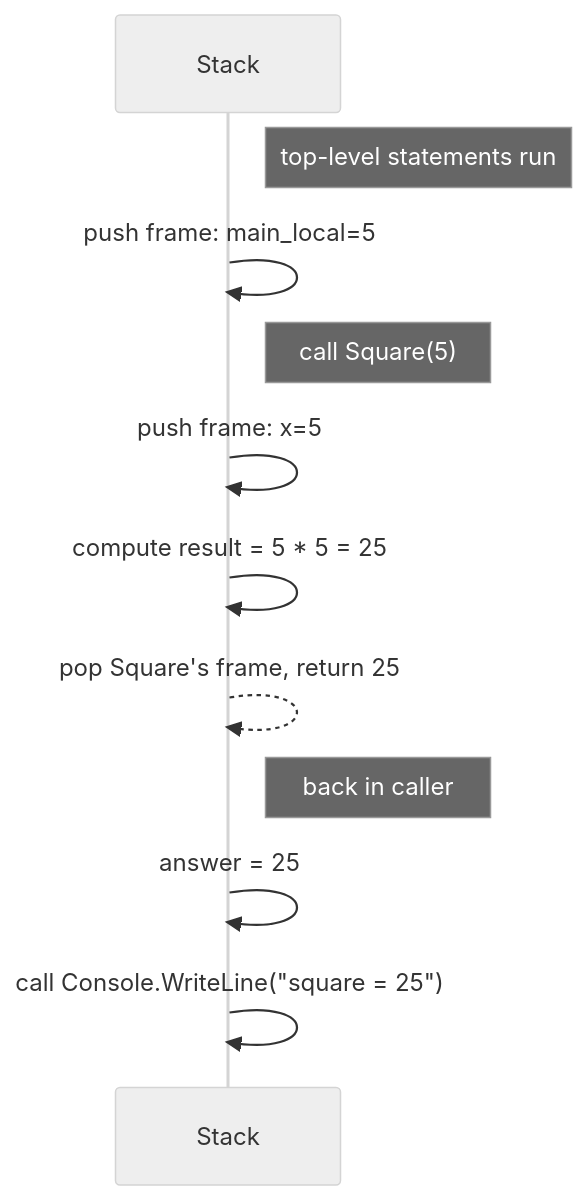
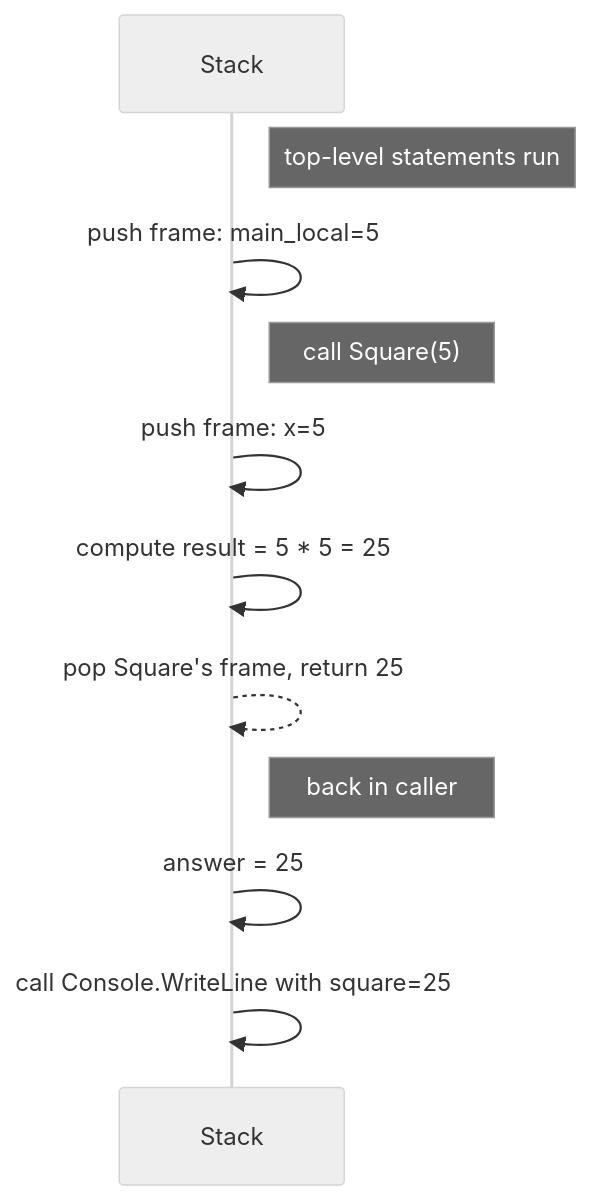
One commit to dataslope/dataslope changed the fifth of 7 diagrams in content/learn/intro-modern-csharp/how-programs-execute.mdx. Above: the diagram before and after it, drawn with Mermaid (neutral theme). The commit also changed other lines of this file, not shown here.

First line of the commit message:
Fix Mermaid diagram syntax errors on how-programs-execute page

````diff
--- a/content/learn/intro-modern-csharp/how-programs-execute.mdx
+++ b/content/learn/intro-modern-csharp/how-programs-execute.mdx
@@ -163,13 +163,13 @@
 ```mermaid
 sequenceDiagram
     participant Stack as Stack
     Note right of Stack: top-level statements run
     Stack->>Stack: push frame: main_local=5
     Note right of Stack: call Square(5)
     Stack->>Stack: push frame: x=5
     Stack->>Stack: compute result = 5 * 5 = 25
     Stack-->>Stack: pop Square's frame, return 25
     Note right of Stack: back in caller
     Stack->>Stack: answer = 25
-    Stack->>Stack: call Console.WriteLine("square = 25")
+    Stack->>Stack: call Console.WriteLine with square=25
 ```
````
